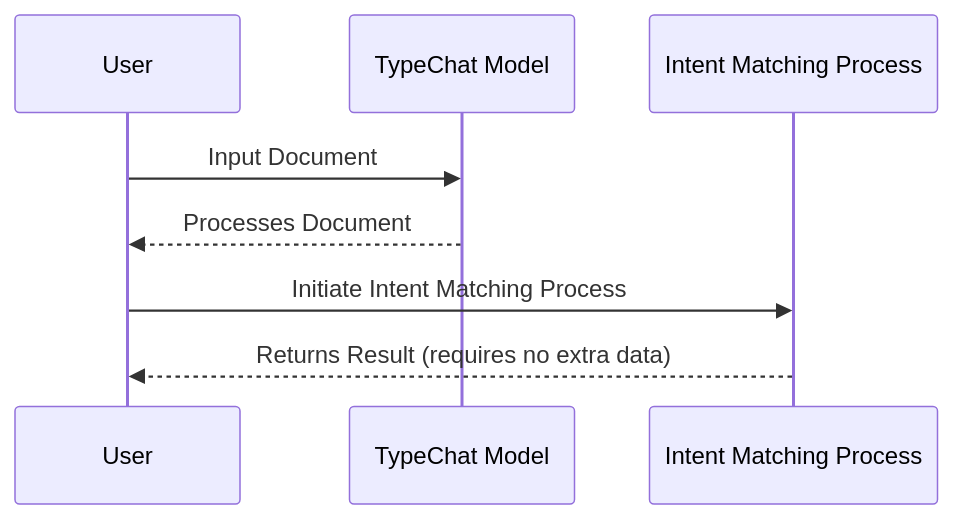
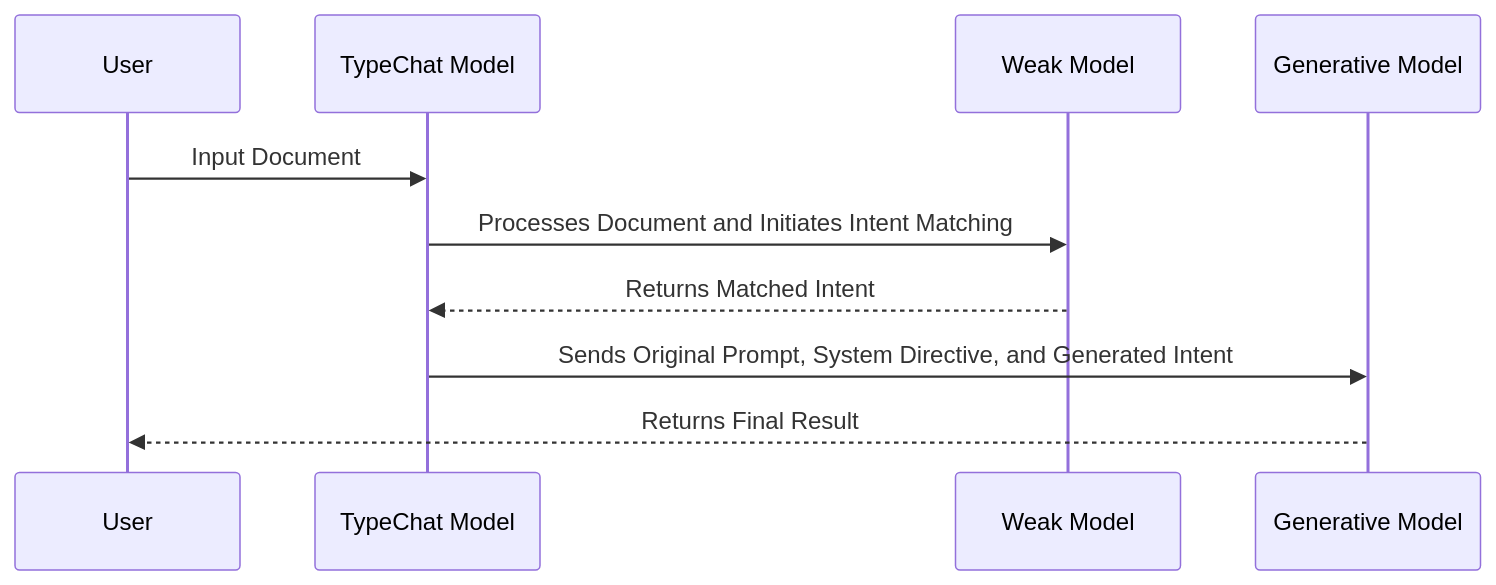
Before and after one commit to Oneirocom/generative-intent-detection: the diagram in README.md, drawn with Mermaid. The commit also changed other lines of this file, not shown here.

````diff
--- a/README.md
+++ b/README.md
@@ -12,11 +16,13 @@
 ```mermaid
 sequenceDiagram
     participant User as User
     participant TC as TypeChat Model
-    participant IM as Intent Matching Process
+    participant WM as Weak Model
+    participant GM as Generative Model
 
     User->>TC: Input Document
-    TC-->>User: Processes Document
-    User->>IM: Initiate Intent Matching Process
-    IM-->>User: Returns Result (requires no extra data)
+    TC->>WM: Processes Document and Initiates Intent Matching
+    WM-->>TC: Returns Matched Intent
+    TC->>GM: Sends Original Prompt, System Directive, and Generated Intent
+    GM-->>User: Returns Final Result
 ```
````
